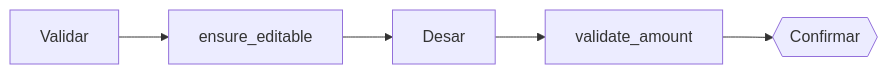
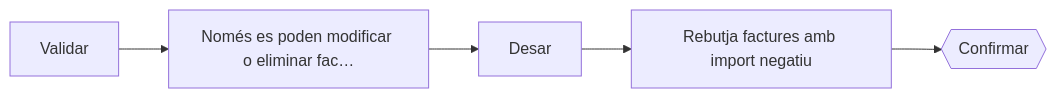
Before and after one commit to EloiSans/python-resource-engine: the fourth of 6 diagrams in examples/invoices/docs/resources/invoices.md, drawn with Mermaid. The commit also changed other lines of this file and 41 other files, not shown here.

````diff
--- a/examples/invoices/docs/resources/invoices.md
+++ b/examples/invoices/docs/resources/invoices.md
@@ -241,12 +219,12 @@
 ```mermaid
 flowchart LR
     s0["Validar"]
-    s1["ensure_editable"]
+    s1["Només es poden modificar o eliminar fac…"]
     s0 --> s1
     s2["Desar"]
     s1 --> s2
-    s3["validate_amount"]
+    s3["Rebutja factures amb import negatiu"]
     s2 --> s3
     s4{{"Confirmar"}}
     s3 --> s4
 ```
````
